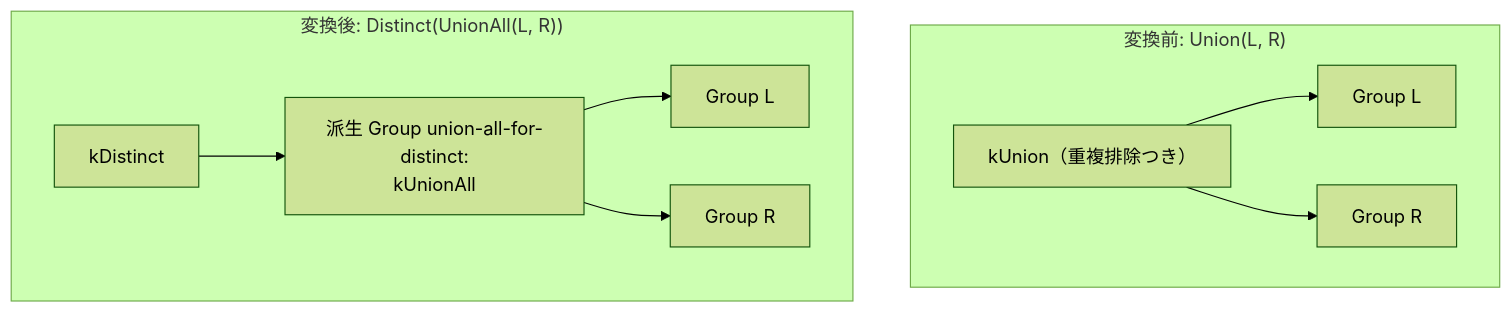
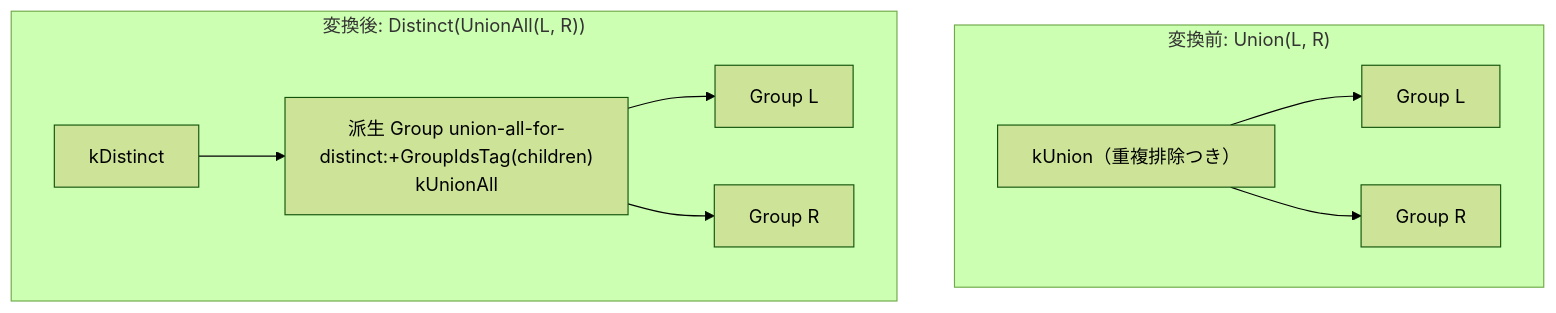
One commit to kumagi/tinylamb changed the diagram in docs/opt/part2-rules/logical/union_to_union_all_plus_distinct.md. Above: the diagram before and after it, drawn with Mermaid (forest theme). The commit also changed other lines of this file and 1222 other files, not shown here.

````diff
--- a/docs/opt/part2-rules/logical/union_to_union_all_plus_distinct.md
+++ b/docs/opt/part2-rules/logical/union_to_union_all_plus_distinct.md
@@ -14,12 +14,12 @@
 ```mermaid
 graph TD
   subgraph before["変換前: Union(L, R)"]
     U1["kUnion（重複排除つき）"] --> L1["Group L"]
     U1 --> R1["Group R"]
   end
   subgraph after["変換後: Distinct(UnionAll(L, R))"]
-    D1["kDistinct"] --> UA["派生 Group union-all-for-distinct:<br>kUnionAll"]
+    D1["kDistinct"] --> UA["派生 Group union-all-for-distinct:+GroupIdsTag(children)<br>kUnionAll"]
     UA --> L2["Group L"]
     UA --> R2["Group R"]
   end
 ```
````
